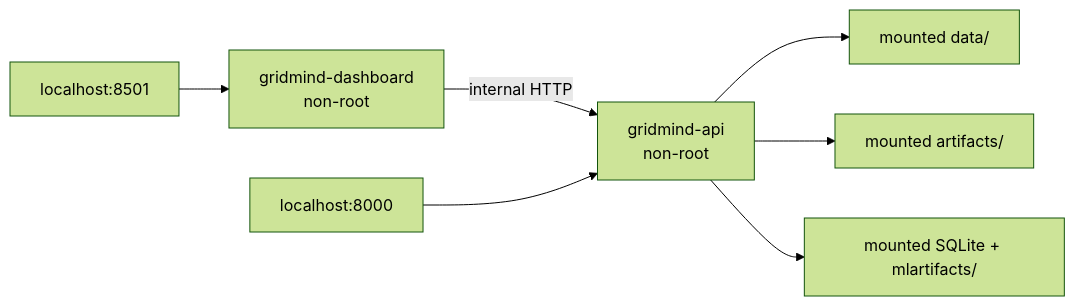
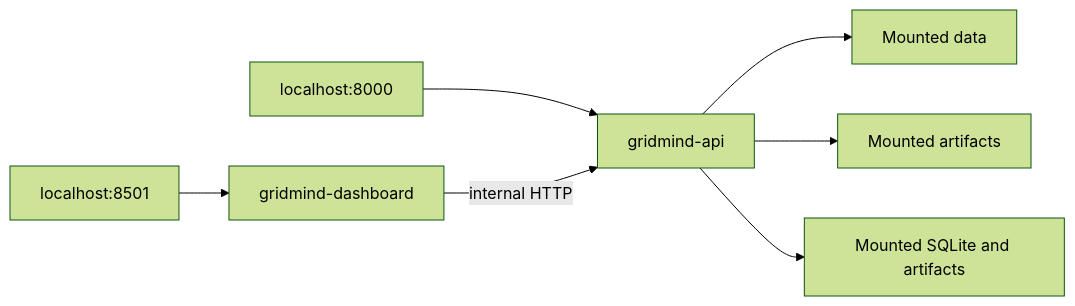
The sixth of 6 diagrams in README.md (Lakshraj99/GridMind), drawn with Mermaid (forest theme) before and after one commit. The commit also changed other lines of this file and 511 other files, not shown here.

````diff
--- a/README.md
+++ b/README.md
@@ -684,9 +111,9 @@
 ```mermaid
 flowchart LR
-    Host["localhost:8501"] --> Dashboard["gridmind-dashboard<br/>non-root"]
-    Dashboard -->|"internal HTTP"| API["gridmind-api<br/>non-root"]
-    HostAPI["localhost:8000"] --> API
-    API --> Data["mounted data/"]
-    API --> Artifacts["mounted artifacts/"]
-    API --> Registry["mounted SQLite + mlartifacts/"]
+    User[localhost:8501] --> Dashboard[gridmind-dashboard]
+    UserAPI[localhost:8000] --> API[gridmind-api]
+    Dashboard -->|internal HTTP| API
+    API --> Data[Mounted data]
+    API --> Artifacts[Mounted artifacts]
+    API --> MLflow[Mounted SQLite and artifacts]
 ```
````
